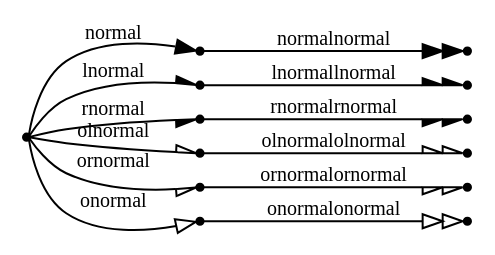
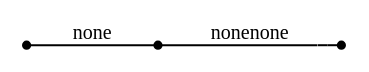
The diagram in out/clusters.out.08.009.gv (graphviz-perl/GraphViz2-Marpa-PathUtils), drawn with Graphviz before and after one commit. The commit also changed 33 other files, not shown here.

```diff
--- a/out/clusters.out.08.009.gv
+++ b/out/clusters.out.08.009.gv
@@ -1,19 +1,9 @@
 digraph G
 {
 	graph[ rankdir = "LR" nodesep = "0"]
 	node[ shape = "point" label = ""]
 	edge[ fontsize = "10"]
-	_normal -> normal[ arrowhead = "normal" label = "normal"]
-	normal -> normalnormal[ arrowhead = "normalnormal" label = "normalnormal"]
-	_normal -> lnormal[ arrowhead = "lnormal" label = "lnormal"]
-	lnormal -> lnormallnormal[ arrowhead = "lnormallnormal" label = "lnormallnormal"]
-	_normal -> rnormal[ arrowhead = "rnormal" label = "rnormal"]
-	rnormal -> rnormalrnormal[ arrowhead = "rnormalrnormal" label = "rnormalrnormal"]
-	_normal -> olnormal[ arrowhead = "olnormal" label = "olnormal"]
-	olnormal -> olnormalolnormal[ arrowhead = "olnormalolnormal" label = "olnormalolnormal"]
-	_normal -> ornormal[ arrowhead = "ornormal" label = "ornormal"]
-	ornormal -> ornormalornormal[ arrowhead = "ornormalornormal" label = "ornormalornormal"]
-	_normal -> onormal[ arrowhead = "onormal" label = "onormal"]
-	onormal -> onormalonormal[ arrowhead = "onormalonormal" label = "onormalonormal"]
+	_none -> none[ arrowhead = "none" label = "none"]
+	none -> nonenone[ arrowhead = "nonenone" label = "nonenone"]
 
 }
```
